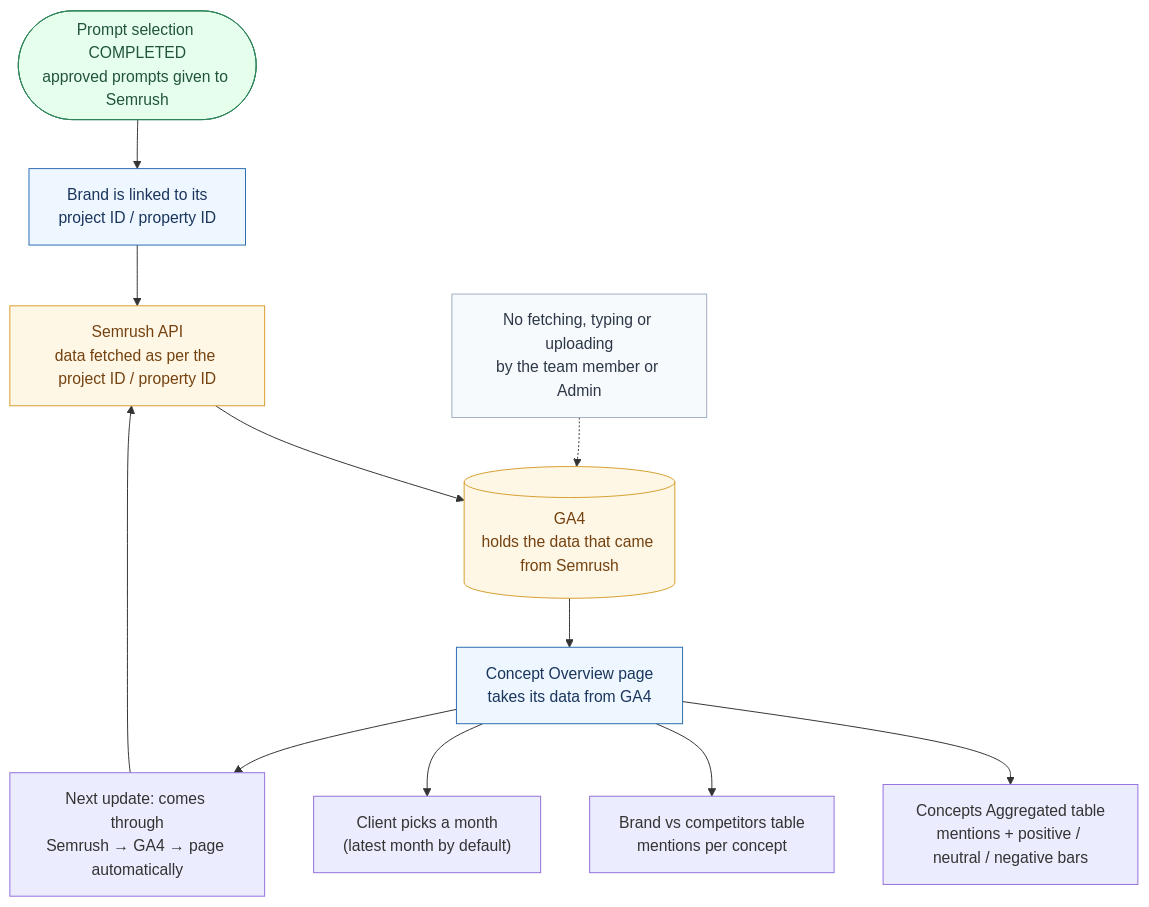
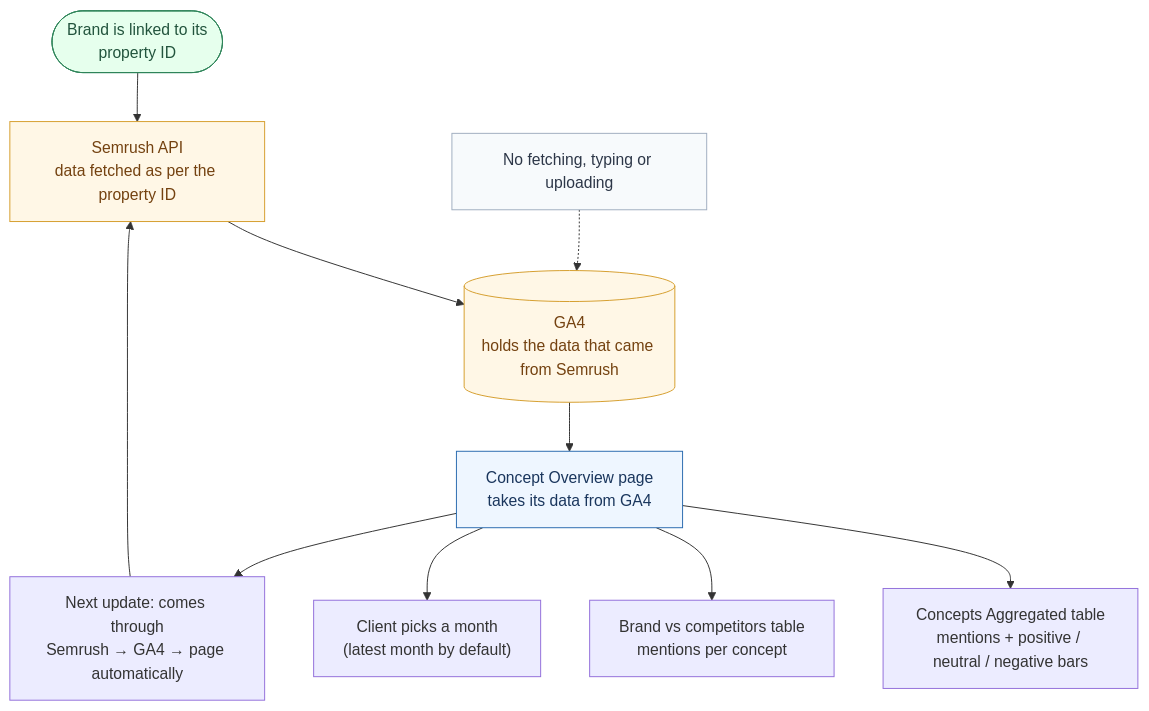
Before and after one commit to RishabhRoy12/dais-documentation: the diagram in demo/sentiment overview flow.md, drawn with Mermaid. The commit also changed other lines of this file and 4 other files, not shown here.

````diff
--- a/demo/sentiment overview flow.md
+++ b/demo/sentiment overview flow.md
@@ -31,25 +29,25 @@
 ```mermaid
 flowchart TD
-    A(["Prompt selection COMPLETED<br/>approved prompts given to Semrush"]) --> P["Brand is linked to its<br/>project ID / property ID"]
-    P --> S["Semrush API<br/>data fetched as per the project ID / property ID"]
+    P(["Brand is linked to its<br/>property ID"])
+    P --> S["Semrush API<br/>data fetched as per the property ID"]
     S --> GA[("GA4<br/>holds the data that came from Semrush")]
     GA --> PG["Concept Overview page<br/>takes its data from GA4"]
 
     PG --> P1["Concepts Aggregated table<br/>mentions + positive / neutral / negative bars"]
     PG --> P2["Brand vs competitors table<br/>mentions per concept"]
     PG --> M["Client picks a month<br/>(latest month by default)"]
 
     PG --> NEXT["Next update: comes through<br/>Semrush → GA4 → page automatically"]
     NEXT --> S
 
-    N["No fetching, typing or uploading<br/>by the team member or Admin"] -.-> GA
+    N["No fetching, typing or uploading"] -.-> GA
 
     classDef ext fill:#fff7e6,stroke:#d69e2e,color:#744210
     classDef stage fill:#eef6ff,stroke:#2b6cb0,color:#1a365d
     classDef done fill:#e6ffed,stroke:#2f855a,color:#22543d
     classDef note fill:#f7fafc,stroke:#a0aec0,color:#2d3748
     class S,GA ext
     class P,PG stage
-    class A done
+    class P done
     class N note
 ```
````
